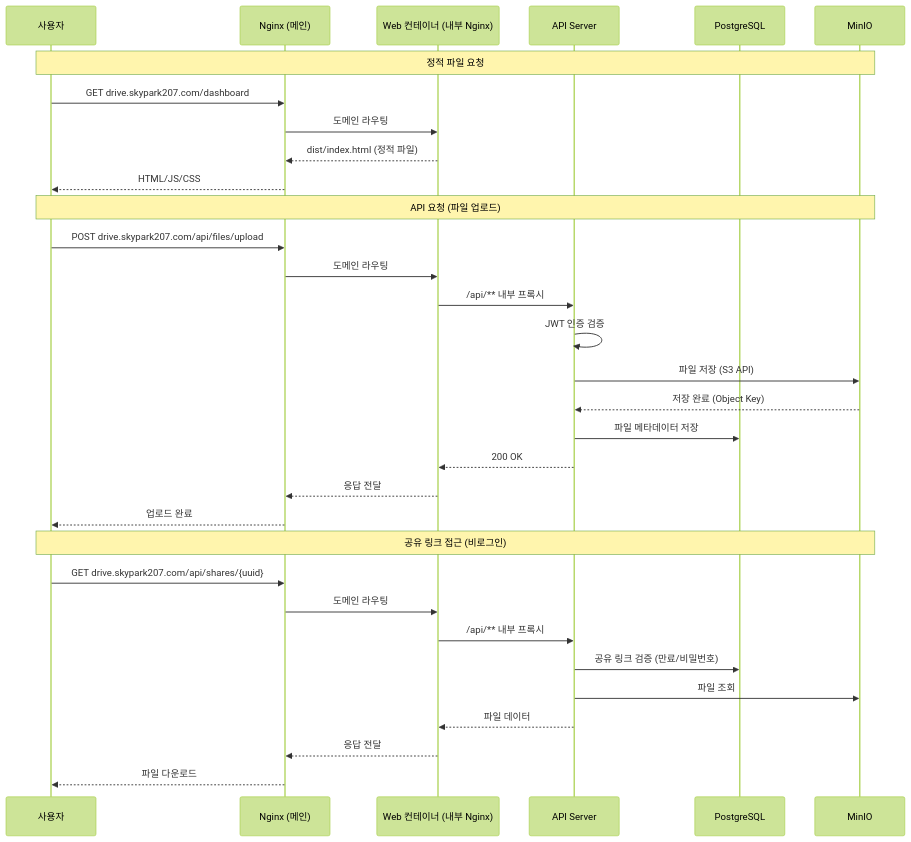
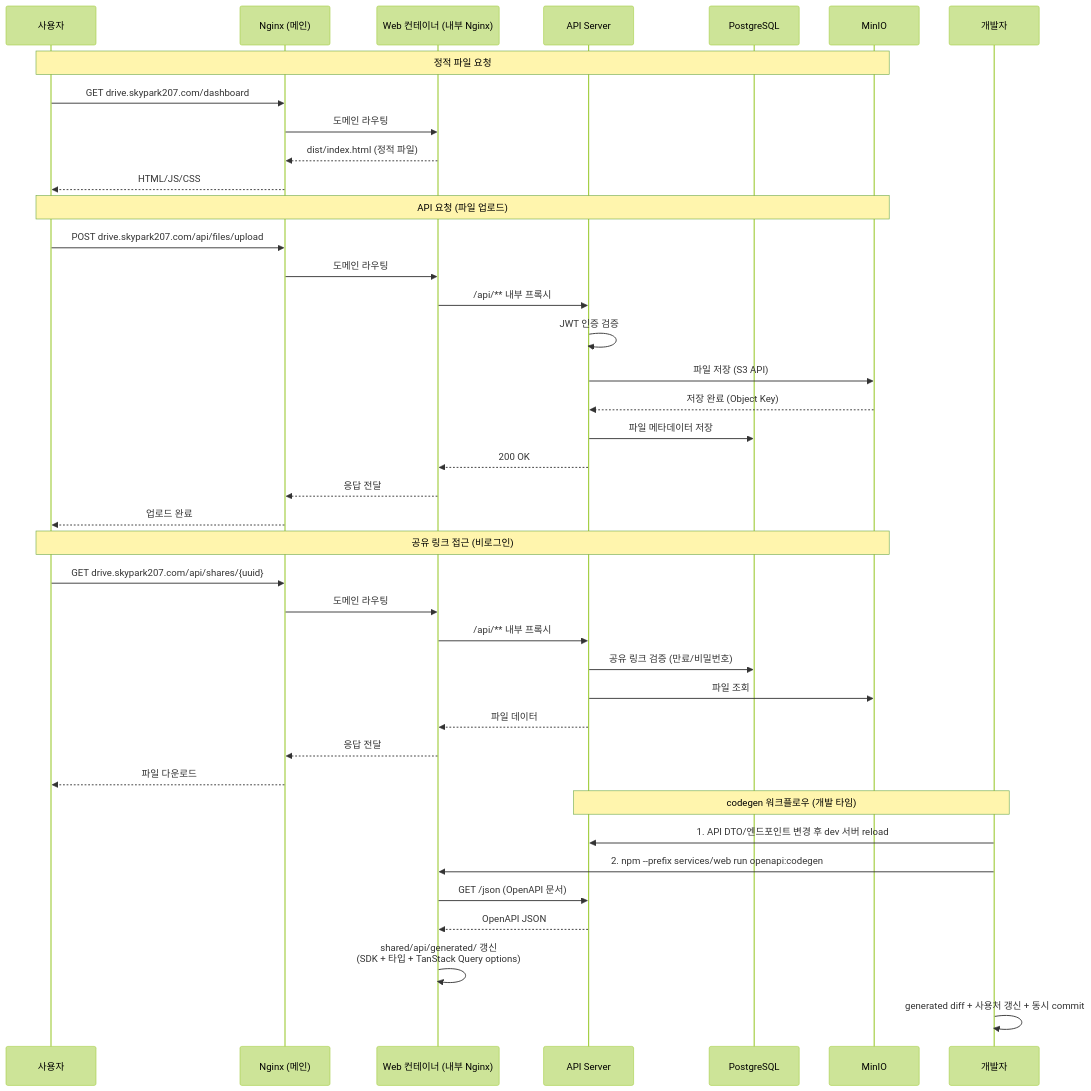
The third of 7 diagrams in docs/planning/architecture.md (idenn207/terab), drawn with Mermaid (forest theme) before and after one commit. The commit also changed other lines of this file and 6 other files, not shown here.

First line of the commit message:
docs(arch): 아키텍처 다이어그램 재설계 + ADR 신설 (워크스트림 5)

````diff
--- a/docs/planning/architecture.md
+++ b/docs/planning/architecture.md
@@ -169,37 +197,46 @@
 ```mermaid
 sequenceDiagram
     participant U as 사용자
     participant N as Nginx (메인)
     participant W as Web 컨테이너 (내부 Nginx)
     participant A as API Server
     participant DB as PostgreSQL
     participant S as MinIO
+    participant Dev as 개발자
 
     Note over U,S: 정적 파일 요청
     U->>N: GET drive.skypark207.com/dashboard
     N->>W: 도메인 라우팅
     W-->>N: dist/index.html (정적 파일)
     N-->>U: HTML/JS/CSS
 
     Note over U,S: API 요청 (파일 업로드)
     U->>N: POST drive.skypark207.com/api/files/upload
     N->>W: 도메인 라우팅
     W->>A: /api/** 내부 프록시
     A->>A: JWT 인증 검증
     A->>S: 파일 저장 (S3 API)
     S-->>A: 저장 완료 (Object Key)
     A->>DB: 파일 메타데이터 저장
     A-->>W: 200 OK
     W-->>N: 응답 전달
     N-->>U: 업로드 완료
 
     Note over U,S: 공유 링크 접근 (비로그인)
     U->>N: GET drive.skypark207.com/api/shares/{uuid}
     N->>W: 도메인 라우팅
     W->>A: /api/** 내부 프록시
     A->>DB: 공유 링크 검증 (만료/비밀번호)
     A->>S: 파일 조회
     A-->>W: 파일 데이터
     W-->>N: 응답 전달
     N-->>U: 파일 다운로드
+
+    Note over Dev,A: codegen 워크플로우 (개발 타임)
+    Dev->>A: 1. API DTO/엔드포인트 변경 후 dev 서버 reload
+    Dev->>W: 2. npm --prefix services/web run openapi:codegen
+    W->>A: GET /json (OpenAPI 문서)
+    A-->>W: OpenAPI JSON
+    W->>W: shared/api/generated/ 갱신<br/>(SDK + 타입 + TanStack Query options)
+    Dev->>Dev: generated diff + 사용처 갱신 + 동시 commit
 ```
````
